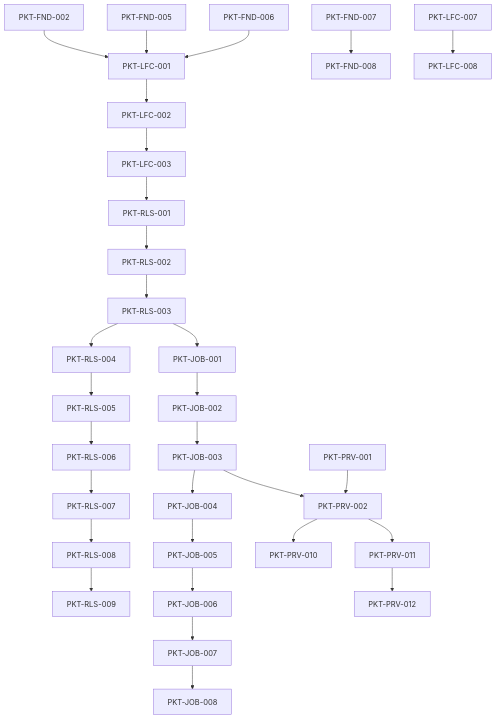
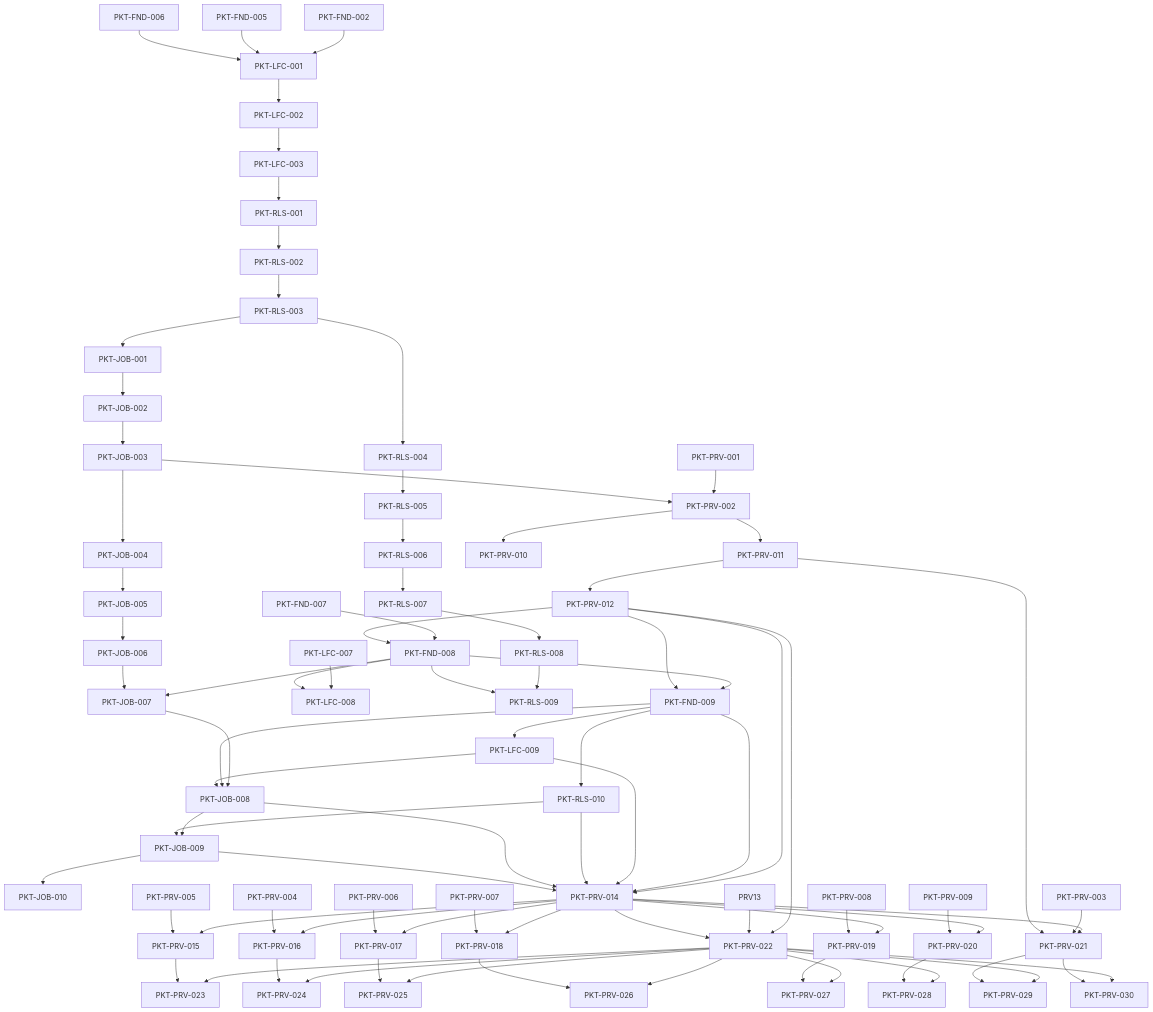
The diagram in docs/implementation/20_Packet_Dependency_Graph.md (Audumla/AUDiaGentic), drawn with Mermaid before and after one commit. The commit also changed other lines of this file and 297 other files, not shown here.

````diff
--- a/docs/implementation/20_Packet_Dependency_Graph.md
+++ b/docs/implementation/20_Packet_Dependency_Graph.md
@@ -34,14 +34,67 @@
   JOB3 --> JOB4[PKT-JOB-004]
   JOB4 --> JOB5[PKT-JOB-005]
   JOB5 --> JOB6[PKT-JOB-006]
-  JOB7[PKT-JOB-007] --> JOB8[PKT-JOB-008]
   PRV1[PKT-PRV-001] --> PRV2[PKT-PRV-002]
   JOB3 --> PRV2
   PRV2 --> PRV10[PKT-PRV-010]
   PRV2 --> PRV11[PKT-PRV-011]
   PRV11 --> PRV12[PKT-PRV-012]
   FND7[PKT-FND-007] --> FND8[PKT-FND-008]
+  PRV12 --> FND8
+  FND8 --> JOB7[PKT-JOB-007]
   LFC7[PKT-LFC-007] --> LFC8[PKT-LFC-008]
+  FND8 --> LFC8
   RLS8[PKT-RLS-008] --> RLS9[PKT-RLS-009]
-  JOB6[PKT-JOB-006] --> JOB7[PKT-JOB-007]
+  FND8 --> RLS9
+  FND8 --> FND9[PKT-FND-009]
+  PRV12 --> FND9
+  FND9 --> LFC9[PKT-LFC-009]
+  FND9 --> RLS10[PKT-RLS-010]
+  JOB6 --> JOB7
+  JOB7 --> JOB8[PKT-JOB-008]
+  FND9 --> JOB8
+  LFC9 --> JOB8
+  JOB8 --> JOB9[PKT-JOB-009]
+  RLS10 --> JOB9
+  JOB9 --> JOB10[PKT-JOB-010]
+  PRV12 --> PRV14[PKT-PRV-014]
+  FND9 --> PRV14
+  LFC9 --> PRV14
+  RLS10 --> PRV14
+  JOB8 --> PRV14
+  JOB9 --> PRV14
+  PRV14 --> PRV15[PKT-PRV-015]
+  PRV5[PKT-PRV-005] --> PRV15
+  PRV14 --> PRV16[PKT-PRV-016]
+  PRV4[PKT-PRV-004] --> PRV16
+  PRV14 --> PRV17[PKT-PRV-017]
+  PRV6[PKT-PRV-006] --> PRV17
+  PRV14 --> PRV18[PKT-PRV-018]
+  PRV7[PKT-PRV-007] --> PRV18
+  PRV14 --> PRV19[PKT-PRV-019]
+  PRV8[PKT-PRV-008] --> PRV19
+  PRV14 --> PRV20[PKT-PRV-020]
+  PRV9[PKT-PRV-009] --> PRV20
+  PRV14 --> PRV21[PKT-PRV-021]
+  PRV3[PKT-PRV-003] --> PRV21
+  PRV11[PKT-PRV-011] --> PRV21
+  PRV12 --> PRV22[PKT-PRV-022]
+  PRV13 --> PRV22
+  PRV14 --> PRV22
+  PRV22 --> PRV23[PKT-PRV-023]
+  PRV15 --> PRV23
+  PRV22 --> PRV24[PKT-PRV-024]
+  PRV16 --> PRV24
+  PRV22 --> PRV25[PKT-PRV-025]
+  PRV17 --> PRV25
+  PRV22 --> PRV26[PKT-PRV-026]
+  PRV18 --> PRV26
+  PRV22 --> PRV27[PKT-PRV-027]
+  PRV19 --> PRV27
+  PRV22 --> PRV28[PKT-PRV-028]
+  PRV20 --> PRV28
+  PRV22 --> PRV29[PKT-PRV-029]
+  PRV21 --> PRV29
+  PRV22 --> PRV30[PKT-PRV-030]
+  PRV21 --> PRV30
 ```
````
